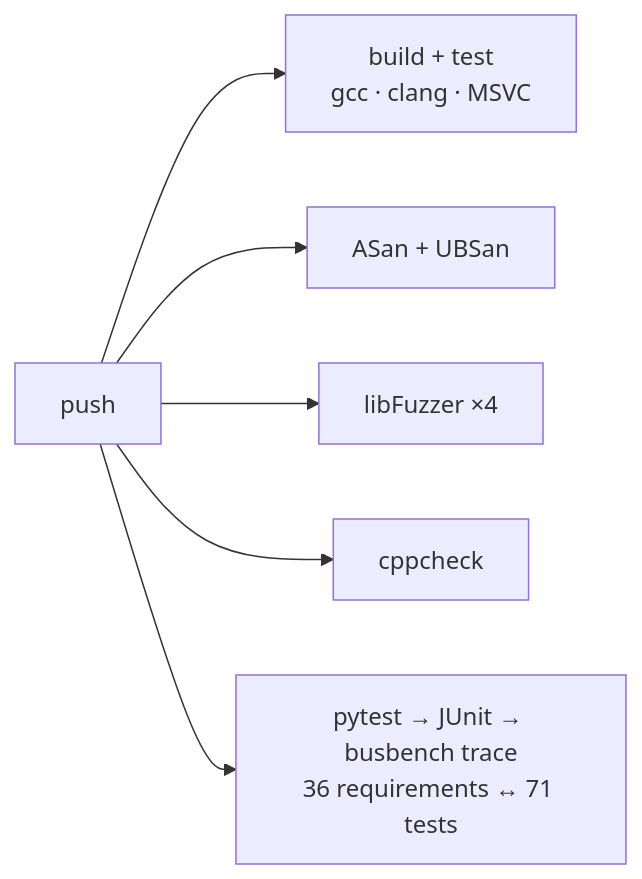
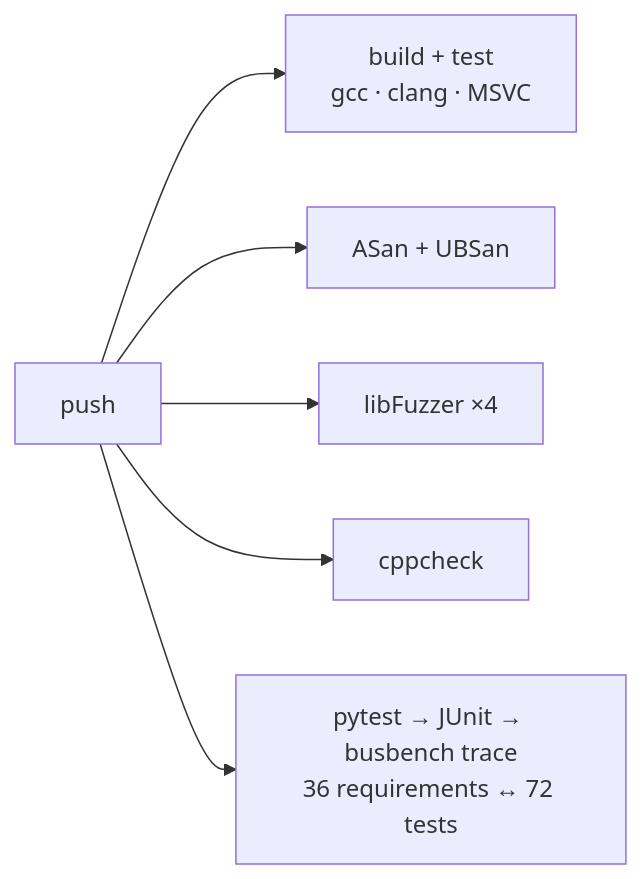
The second of 2 diagrams in README.md (Alifizz01/BusBench), drawn with Mermaid before and after one commit. The commit also changed other lines of this file, not shown here.

````diff
--- a/README.md
+++ b/README.md
@@ -125,8 +125,8 @@
 ```mermaid
 flowchart LR
     P[push] --> M["build + test<br/>gcc · clang · MSVC"]
     P --> SAN["ASan + UBSan"]
     P --> FZ["libFuzzer ×4"]
     P --> SA["cppcheck"]
-    P --> TR["pytest → JUnit → busbench trace<br/>36 requirements ↔ 71 tests"]
+    P --> TR["pytest → JUnit → busbench trace<br/>36 requirements ↔ 72 tests"]
 ```
````
